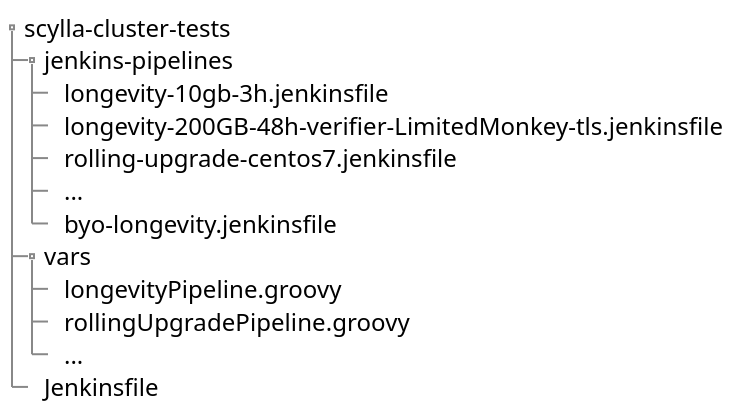
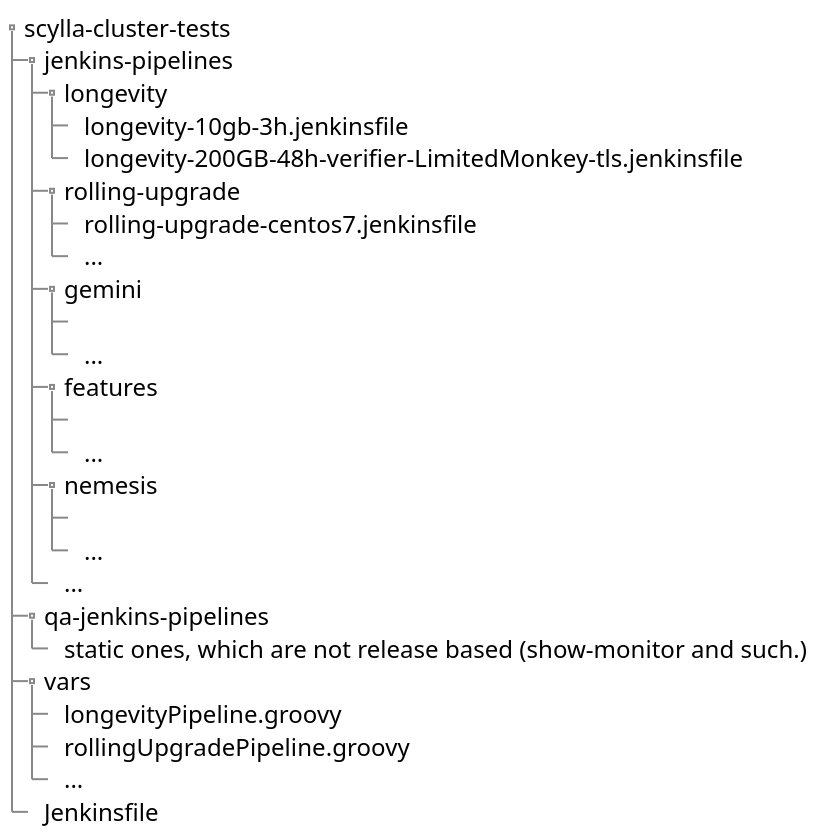
The diagram in docs/sct_pipelines.plantuml (scylladb/scylla-cluster-tests), drawn with PlantUML before and after one commit. The commit also changed 2 other files, not shown here.

Commit message:
feature(jenkins-structure): design for jenkins job creation
desgin of the work for restructuring the jenkins jobs
in fashion we can have more contorl of it, and change
extand is as needed

```diff
--- a/docs/sct_pipelines.plantuml
+++ b/docs/sct_pipelines.plantuml
@@ -1,20 +1,33 @@
 @startuml
 salt
 {
 scale 2
 {T
  + scylla-cluster-tests
  ++ jenkins-pipelines
- +++ longevity-10gb-3h.jenkinsfile
- +++ longevity-200GB-48h-verifier-LimitedMonkey-tls.jenkinsfile
- +++ rolling-upgrade-centos7.jenkinsfile
+ +++ longevity
+ ++++ longevity-10gb-3h.jenkinsfile
+ ++++ longevity-200GB-48h-verifier-LimitedMonkey-tls.jenkinsfile
+ +++ rolling-upgrade
+ ++++ rolling-upgrade-centos7.jenkinsfile
+ ++++ ...
+ +++ gemini
+ ++++
+ ++++ ...
+ +++ features
+ ++++
+ ++++ ...
+ +++ nemesis
+ ++++
+ ++++ ...
  +++ ...
- +++ byo-longevity.jenkinsfile
+ ++ qa-jenkins-pipelines
+ +++ static ones, which are not release based (show-monitor and such.)
  ++ vars
  +++ longevityPipeline.groovy
  +++ rollingUpgradePipeline.groovy
  +++ ...
  ++ Jenkinsfile
 }
 }
 @enduml
```
